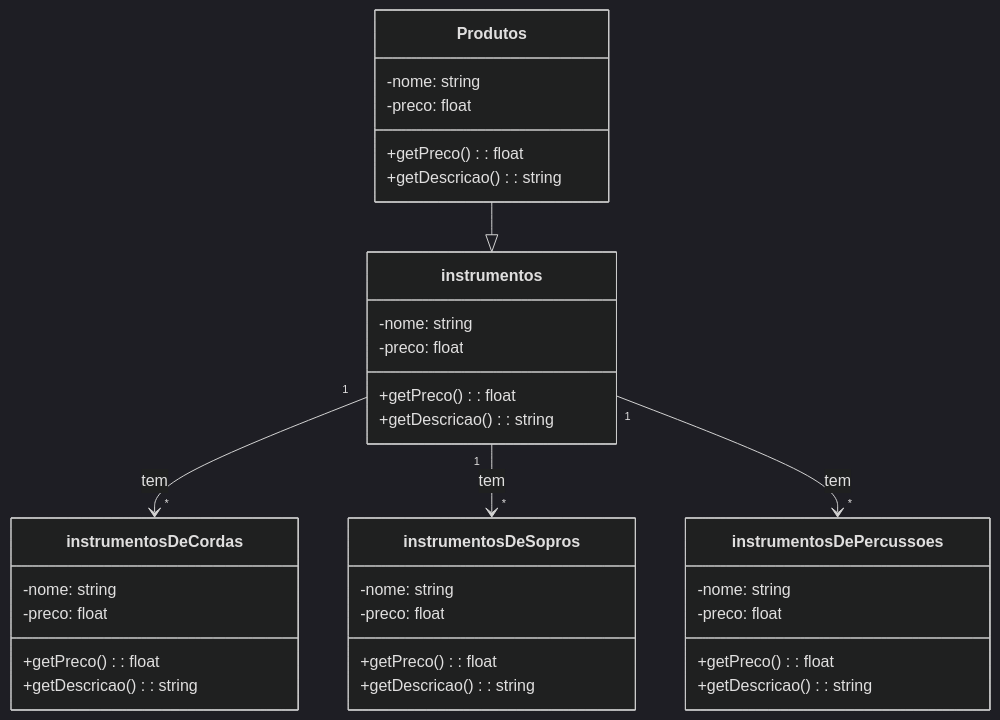
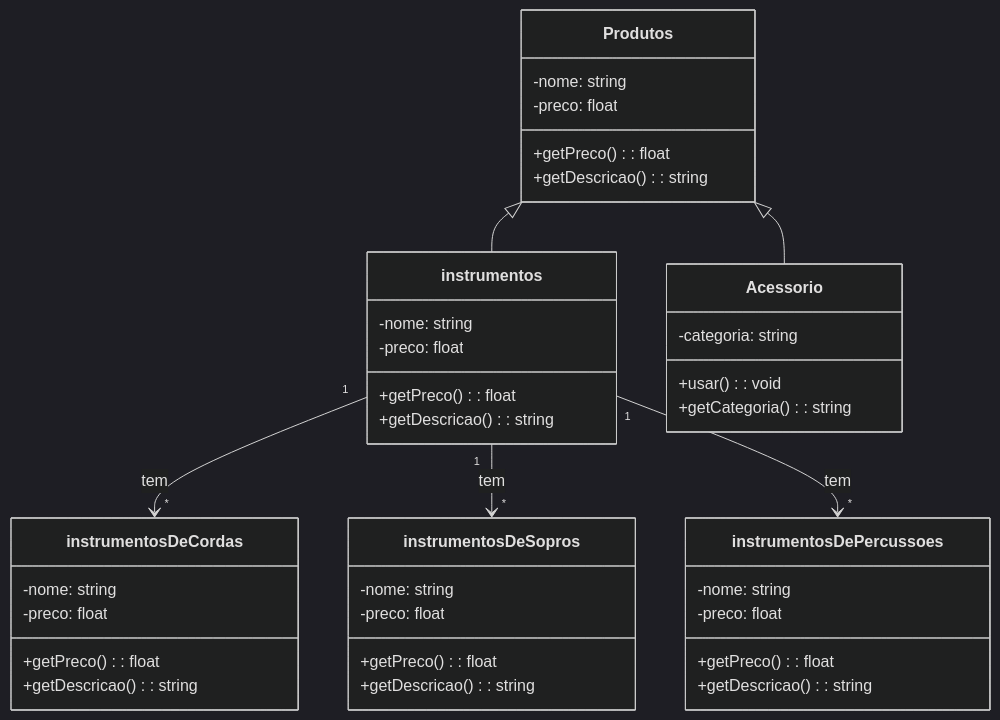
The diagram in LucasGabriel-Instrumentos.md (LucasGabrielPaes/poojavaceub-grupo05), drawn with Mermaid (dark theme) before and after one commit. The commit also changed other lines of this file, not shown here.

````diff
--- a/LucasGabriel-Instrumentos.md
+++ b/LucasGabriel-Instrumentos.md
@@ -35,42 +54,50 @@
 ```mermaid
 classDiagram
   class Produtos {
      -nome: string
     -preco: float
     +getPreco(): float
     +getDescricao(): string
   }
 
 class instrumentos {
    -nome: string
     -preco: float
     +getPreco(): float
     +getDescricao(): string
 }
 
 
   class instrumentos De Cordas {
    -nome: string
     -preco: float
     +getPreco(): float
     +getDescricao(): string
 }
 
  class instrumentos De Sopros {
    -nome: string
     -preco: float
     +getPreco(): float
     +getDescricao(): string
 }
 
  class instrumentos De Percussoes {
    -nome: string
     -preco: float
     +getPreco(): float
     +getDescricao(): string
 }
-Produtos --|> instrumentos
+Produtos <|-- instrumentos
 instrumentos "1" --> "*" instrumentos De Cordas : tem
 instrumentos "1" --> "*" instrumentos De Sopros : tem
 instrumentos "1" --> "*" instrumentos De Percussoes : tem
+
+  class Acessorio {
+    -categoria: string
+    +usar(): void
+    +getCategoria(): string
+  }
+
+  Produtos <|-- Acessorio
 ```
````
